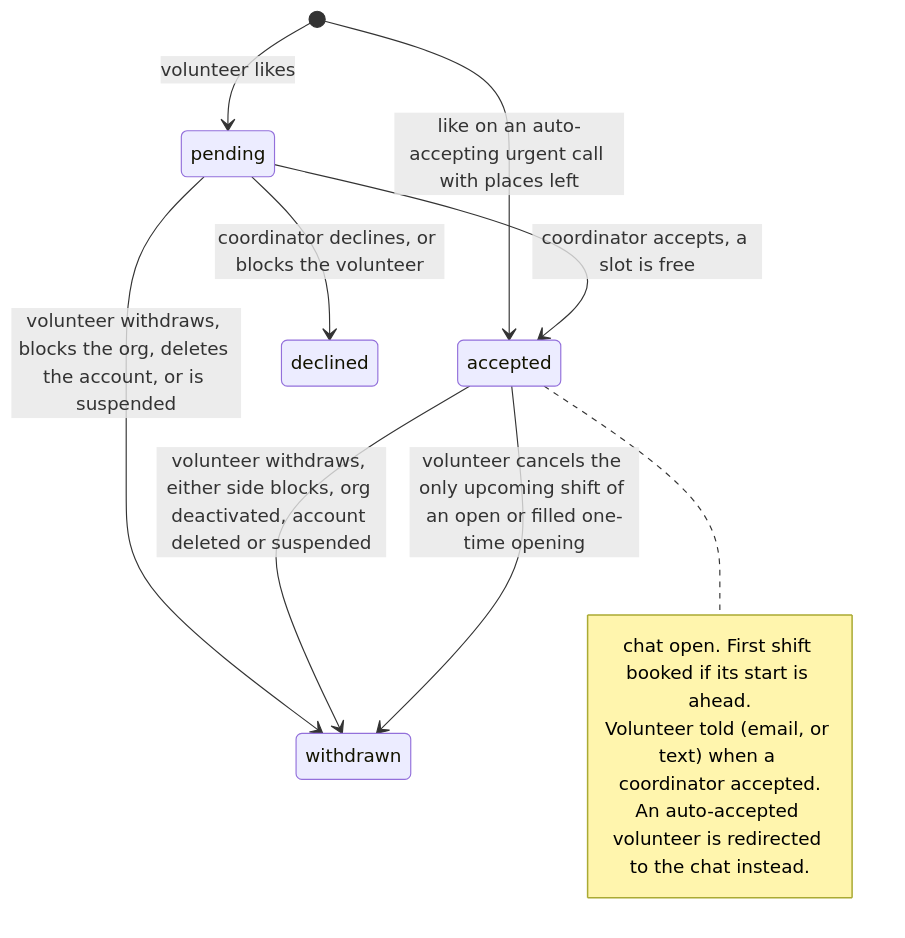
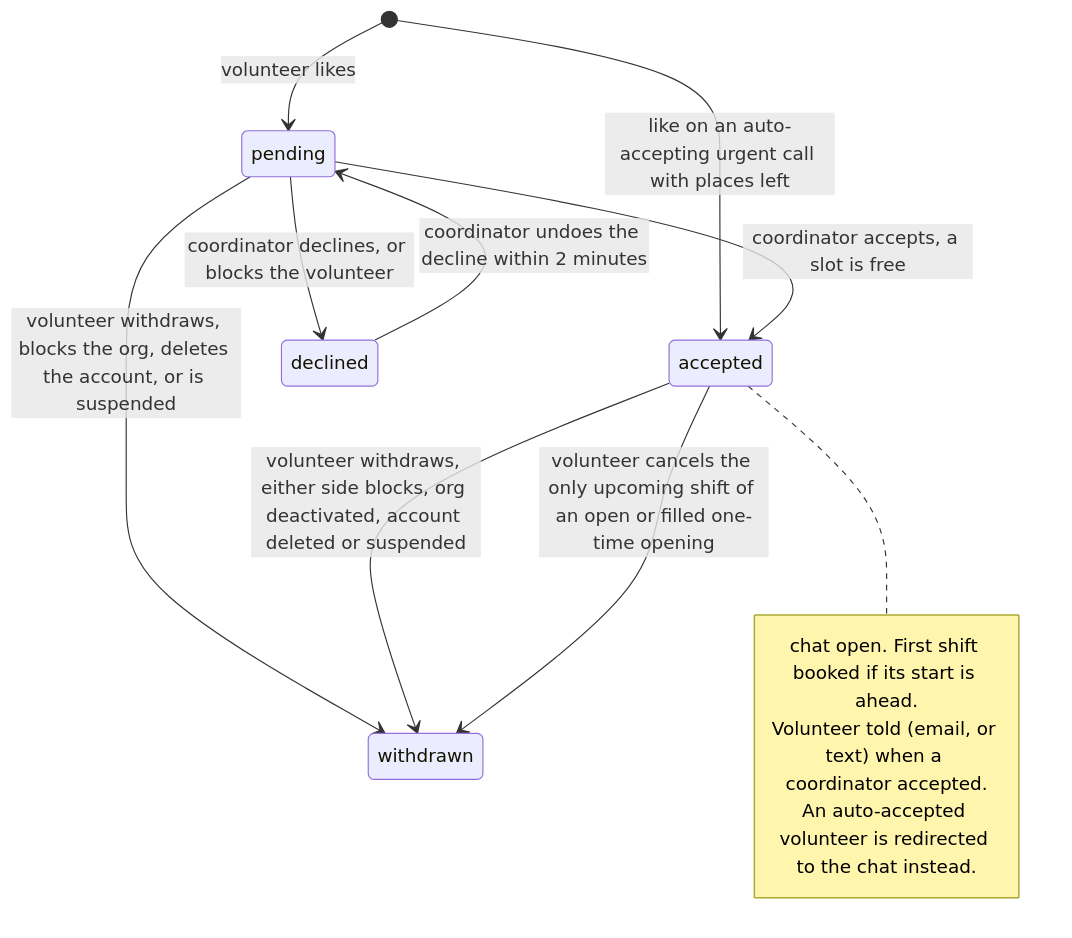
Diagram 14 of 26 in docs/ARCHITECTURE.md (slegroux/causematch), drawn with Mermaid before and after one commit. The commit also changed other lines of this file, not shown here.

Commit message:
Architecture doc: fixes from review (sign-in edge cases, email sending paths, preview limits, migrations wording)

````diff
--- a/docs/ARCHITECTURE.md
+++ b/docs/ARCHITECTURE.md
@@ -920,15 +923,16 @@
 ```mermaid
 stateDiagram-v2
     [*] --> pending: volunteer likes
     [*] --> accepted: like on an auto-accepting urgent call with places left
     pending --> accepted: coordinator accepts, a slot is free
     pending --> declined: coordinator declines, or blocks the volunteer
+    declined --> pending: coordinator undoes the decline within 2 minutes
     pending --> withdrawn: volunteer withdraws, blocks the org, deletes the account, or is suspended
     accepted --> withdrawn: volunteer withdraws, either side blocks, org deactivated, account deleted or suspended
     accepted --> withdrawn: volunteer cancels the only upcoming shift of an open or filled one-time opening
     note right of accepted
         chat open. First shift booked if its start is ahead.
         Volunteer told (email, or text) when a coordinator accepted.
         An auto-accepted volunteer is redirected to the chat instead.
     end note
 ```
````
